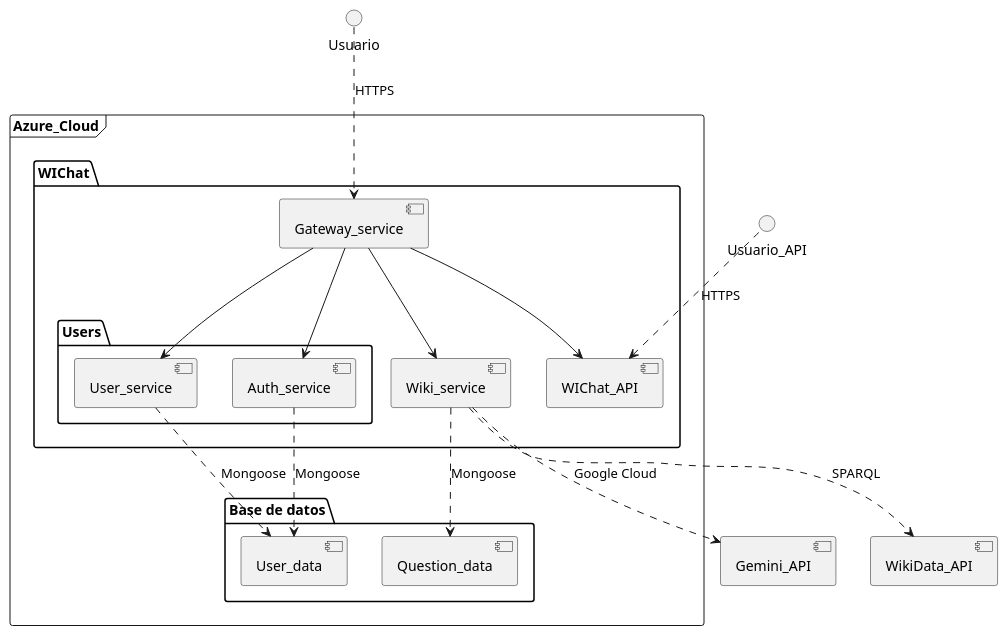
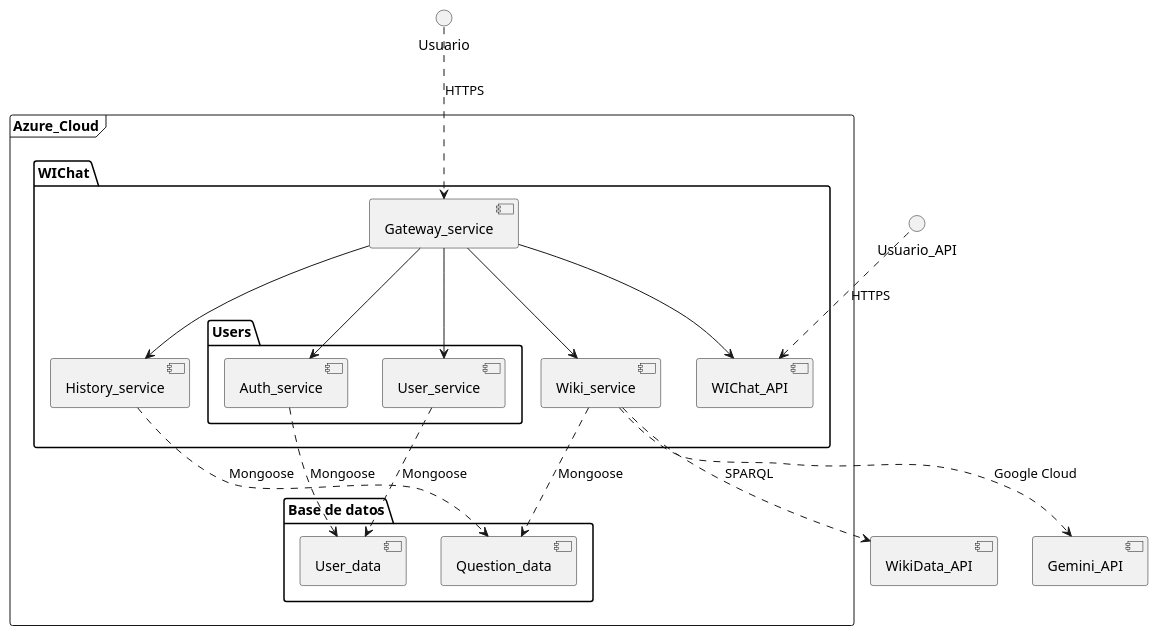
The second of 2 diagrams in docs/src/03_context_and_scope.adoc (Arquisoft/wichat_es5a), drawn with PlantUML before and after one commit. The commit also changed other lines of this file and 7 other files, not shown here.

```diff
--- a/docs/src/03_context_and_scope.adoc
+++ b/docs/src/03_context_and_scope.adoc
@@ -110,33 +110,36 @@
 [plantuml, "Contexto técnico WIChat", png]
 ----
 frame "Azure_Cloud" {
     package "WIChat" {
          [WIChat_API]
          [Gateway_service]
          [Wiki_service]
+         [History_service]
          package "Users" {
               [Auth_service]
               [User_service]
          }
     }
     package "Base de datos" {
         [User_data]
         [Question_data]
     }
 }
 [WikiData_API]
 [Gemini_API]
 () "Usuario"
 () "Usuario_API"
 Usuario ..> Gateway_service : HTTPS
 Gateway_service --> Wiki_service
 Gateway_service --> Auth_service
 Gateway_service --> User_service
+Gateway_service --> History_service
 Gateway_service --> WIChat_API
 Wiki_service ..> WikiData_API : SPARQL
 Wiki_service ..> Gemini_API : Google Cloud
 Auth_service ..> User_data : Mongoose
 User_service ..> User_data  : Mongoose
 Wiki_service ..> Question_data : Mongoose
+History_service ..> Question_data : Mongoose
 Usuario_API ..> WIChat_API : HTTPS
 ----
```
